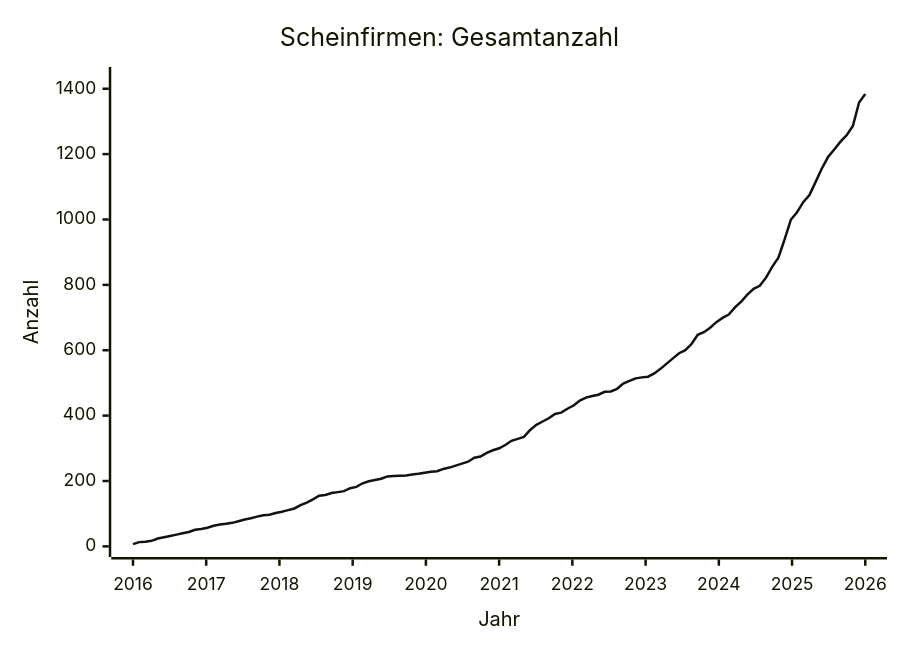
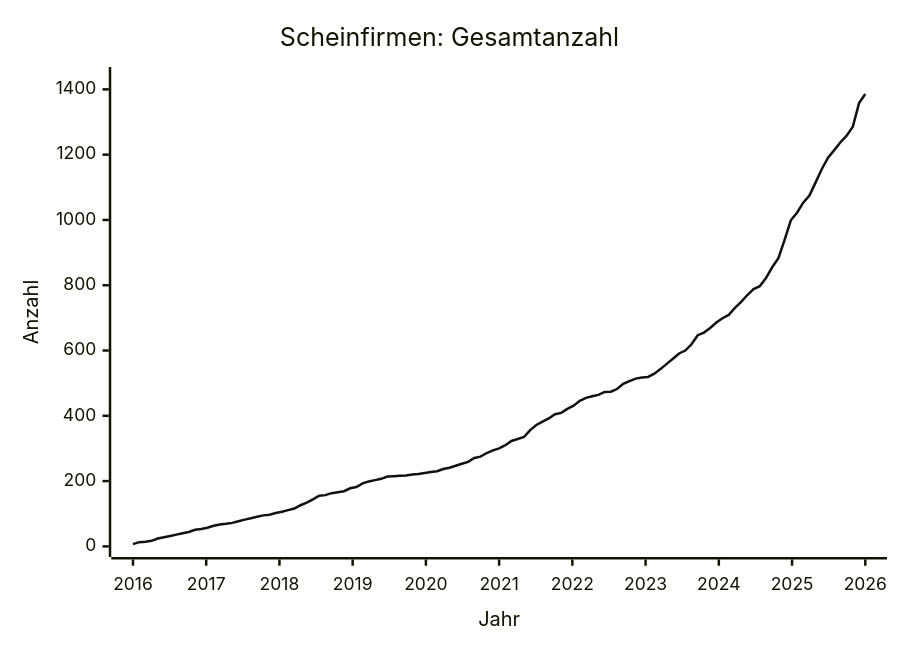
Before and after one commit to arjoma/scheinfirmen-at: the diagram in data/STATS.md, drawn with Mermaid. The commit also changed other lines of this file and 3 other files, not shown here.

````diff
--- a/data/STATS.md
+++ b/data/STATS.md
@@ -9,13 +9,13 @@
 ```mermaid
 ---
 config:
   themeVariables:
     xyChart:
       plotColorPalette: "#111111"
 ---
 xychart-beta
     title "Scheinfirmen: Gesamtanzahl"
     x-axis "Jahr" 2016 --> 2026
-    y-axis "Anzahl" 0 --> 1434
-    line [7, 13, 14, 17, 24, 28, 32, 36, 40, 44, 51, 53, 57, 63, 67, 69, 72, 77, 82, 86, 91, 95, 97, 102, 106, 111, 116, 126, 134, 144, 155, 157, 163, 166, 169, 178, 182, 193, 199, 203, 207, 214, 215, 216, 217, 220, 222, 225, 228, 230, 237, 241, 247, 253, 259, 271, 275, 286, 294, 300, 310, 323, 329, 335, 356, 372, 382, 392, 405, 409, 421, 431, 446, 455, 460, 464, 473, 474, 482, 498, 506, 514, 517, 519, 529, 543, 559, 575, 591, 600, 619, 647, 655, 669, 686, 699, 709, 731, 749, 770, 788, 797, 822, 855, 883, 939, 999, 1022, 1053, 1075, 1115, 1156, 1191, 1214, 1238, 1258, 1286, 1358, 1384]
+    y-axis "Anzahl" 0 --> 1436
+    line [7, 13, 14, 17, 24, 28, 32, 36, 40, 44, 51, 53, 57, 63, 67, 69, 72, 77, 82, 86, 91, 95, 97, 102, 106, 111, 116, 126, 134, 144, 155, 157, 163, 166, 169, 178, 182, 193, 199, 203, 207, 214, 215, 216, 217, 220, 222, 225, 228, 230, 237, 241, 247, 253, 259, 271, 275, 286, 294, 300, 310, 323, 329, 335, 356, 372, 382, 392, 405, 409, 421, 431, 446, 455, 460, 464, 473, 474, 482, 498, 506, 514, 517, 519, 529, 543, 559, 575, 591, 600, 619, 647, 655, 669, 686, 699, 709, 731, 749, 770, 788, 797, 822, 855, 883, 939, 999, 1022, 1053, 1075, 1115, 1156, 1191, 1214, 1238, 1258, 1286, 1358, 1386]
 ```
````
